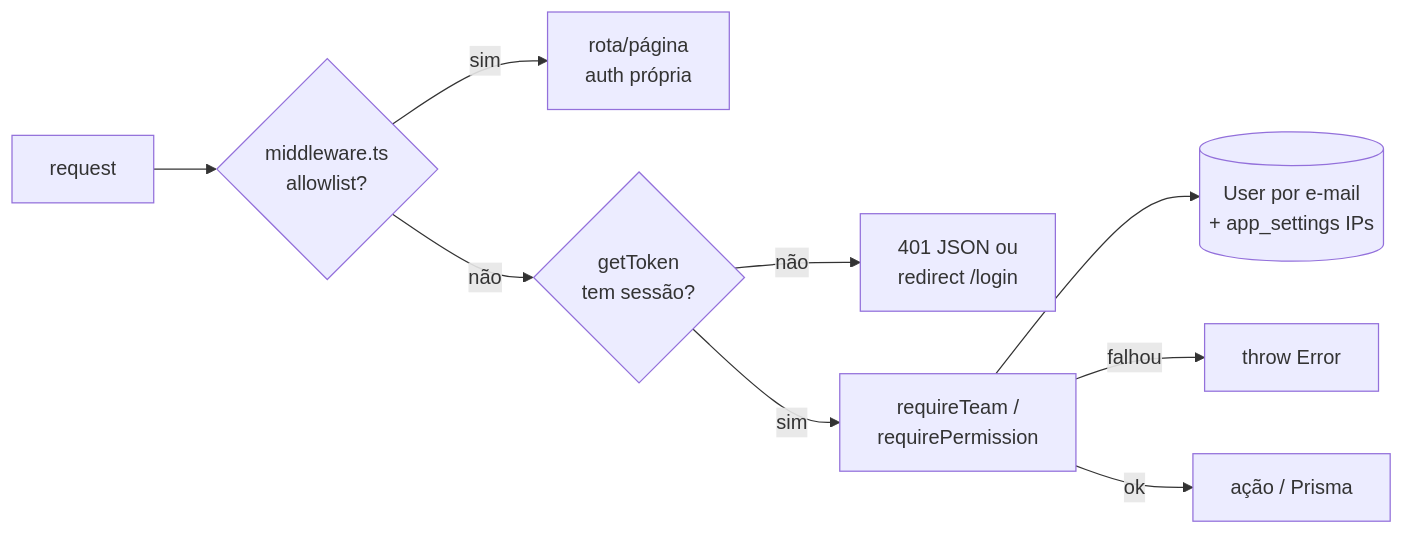
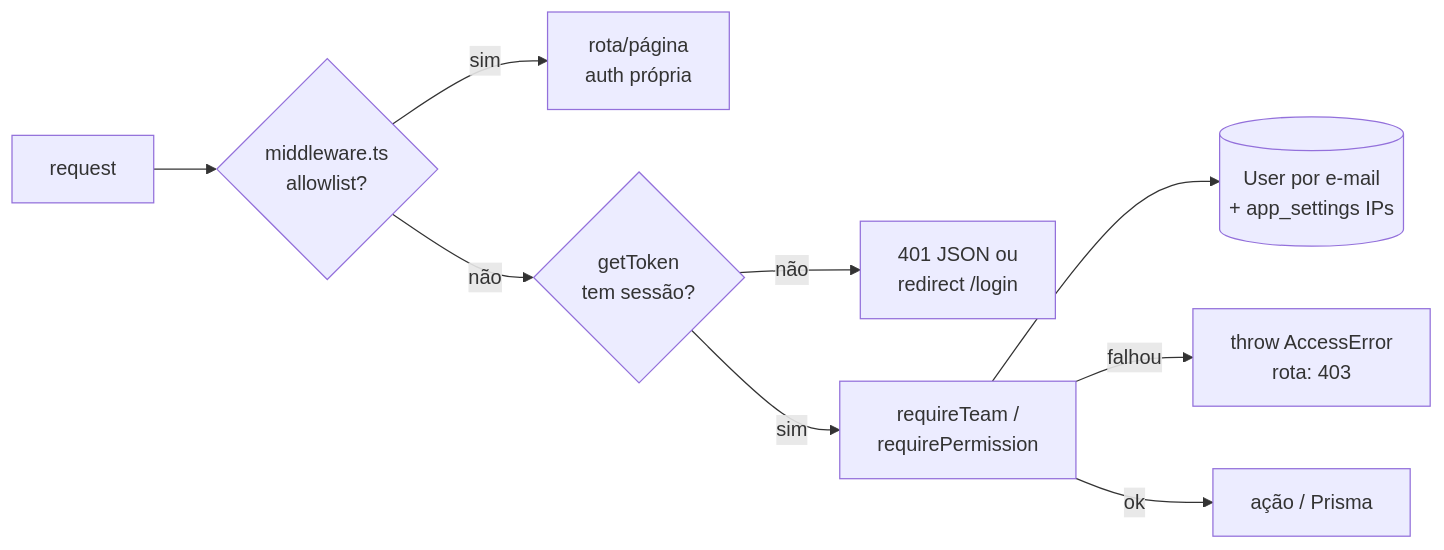
The diagram in docs/ai/auth-permissoes.md (SamuelGuibor/dpvat_parana), drawn with Mermaid before and after one commit. The commit also changed other lines of this file and 18 other files, not shown here.

````diff
--- a/docs/ai/auth-permissoes.md
+++ b/docs/ai/auth-permissoes.md
@@ -53,11 +55,11 @@
 ```mermaid
 flowchart LR
   R[request] --> M{middleware.ts<br/>allowlist?}
   M -- sim --> H[rota/página<br/>auth própria]
   M -- não --> T{getToken<br/>tem sessão?}
   T -- não --> X[401 JSON ou<br/>redirect /login]
   T -- sim --> G[requireTeam /<br/>requirePermission]
   G --> DB[(User por e-mail<br/>+ app_settings IPs)]
-  G -- falhou --> E[throw Error]
+  G -- falhou --> E[throw AccessError<br/>rota: 403]
   G -- ok --> A[ação / Prisma]
 ```
````
